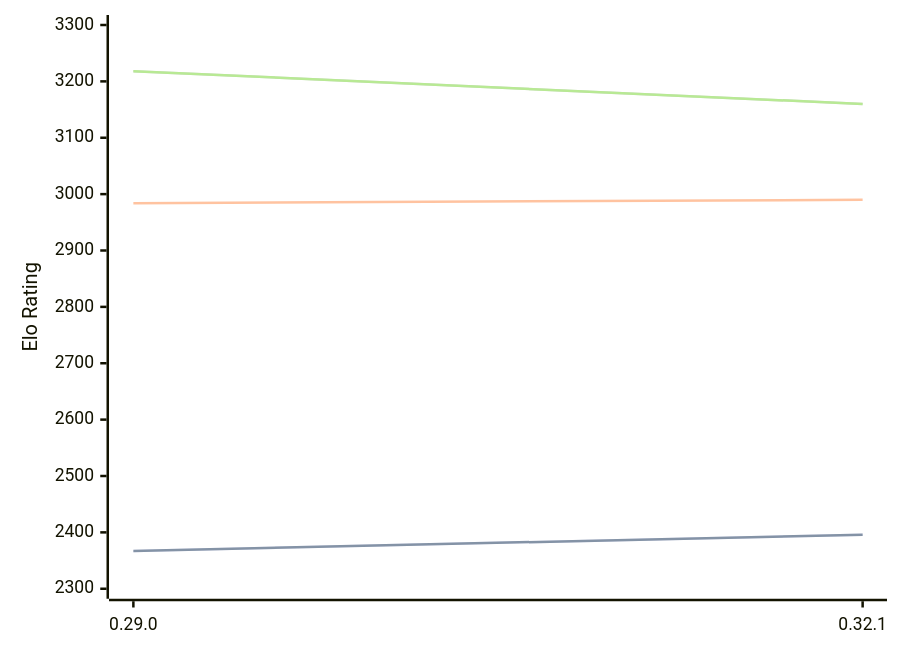
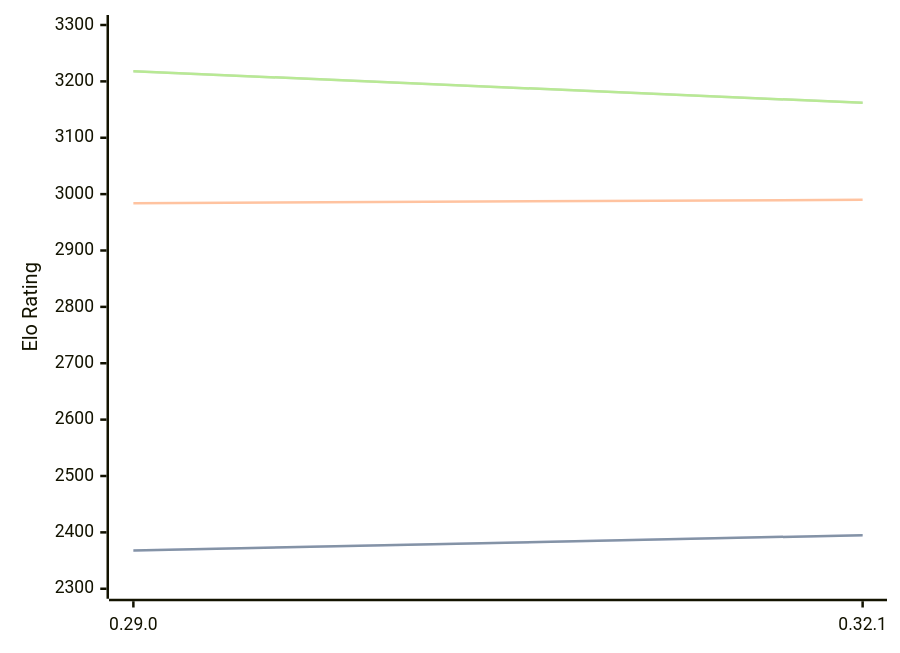
Before and after one commit to computer-chess-index/cci: the diagram in engines/Lc0.md, drawn with Mermaid. The commit also changed other lines of this file, not shown here.

Commit message:
Update CCI Ratings (ELO VLTC) - 2026-08-17

````diff
--- a/engines/Lc0.md
+++ b/engines/Lc0.md
@@ -32,11 +32,11 @@
 ```mermaid
 %%{init: {"theme":"base","themeVariables":{"seriesColors:['#a3a3a3','#222221','#faa371']}}}%%
 xychart-beta
   x-axis ["0.29.0", "0.32.1"]
   y-axis "Elo Rating" 2300 --> 3300
-  line "STC (8.0+0.08s)" [2367, 2396]
-  line "STC (8.0+0.08s)" [2367, 2396]
+  line "STC (8.0+0.08s)" [2368, 2395]
+  line "STC (8.0+0.08s)" [2368, 2395]
   line "LTC (60.0+0.60s)" [2984, 2990]
-  line "VLTC (2m24s+1.12s)" [3218, 3160]
-  line "VLTC (2m24s+1.12s)" [3218, 3160]
+  line "VLTC (2m24s+1.12s)" [3218, 3162]
+  line "VLTC (2m24s+1.12s)" [3218, 3162]
 ```
````
